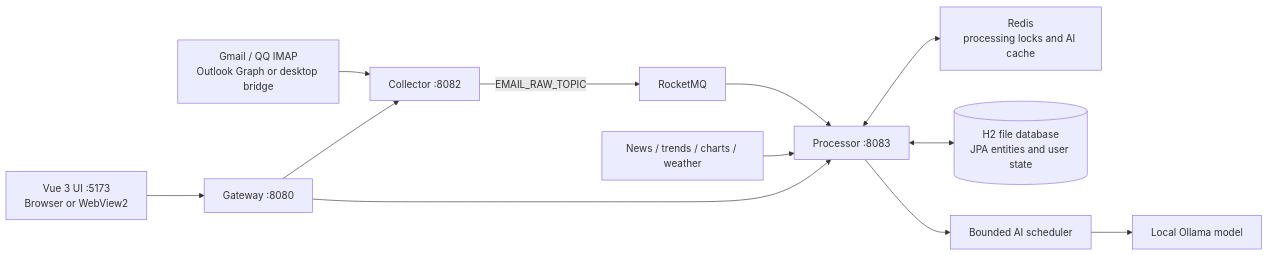
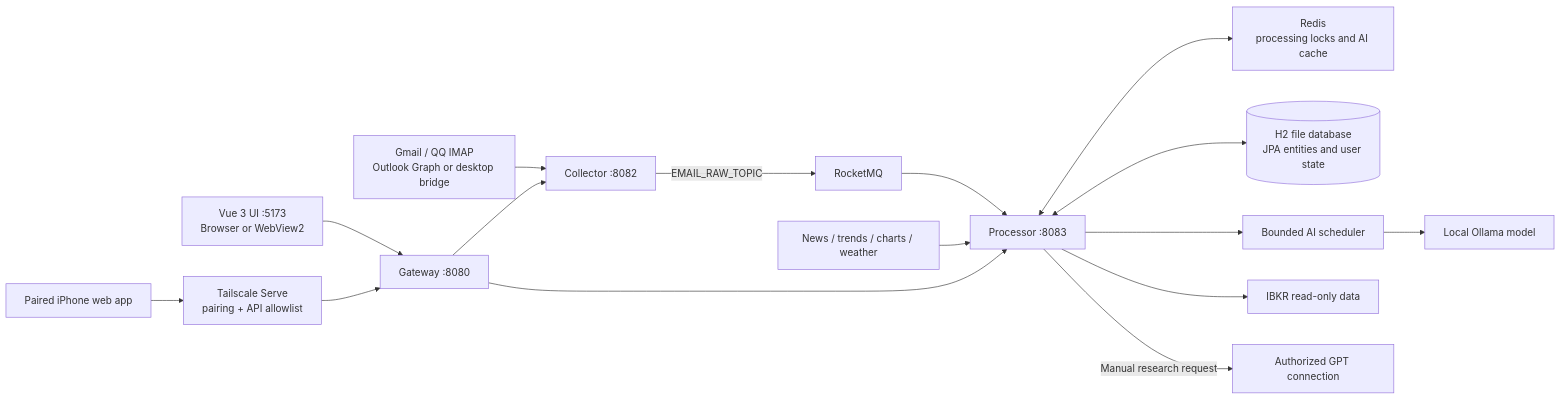
Before and after one commit to 000NK000/smart-inbox-ai: the diagram in README.md, drawn with Mermaid. The commit also changed other lines of this file and 116 other files, not shown here.

Commit message:
Add private mobile access, portfolio research and reliable desktop lifecycle

````diff
--- a/README.md
+++ b/README.md
@@ -76,14 +78,17 @@
 ```mermaid
 flowchart LR
     Sources["Gmail / QQ IMAP<br/>Outlook Graph or desktop bridge"] --> Collector["Collector :8082"]
     Collector -->|"EMAIL_RAW_TOPIC"| MQ["RocketMQ"]
     MQ --> Processor["Processor :8083"]
     Processor <--> Redis["Redis<br/>processing locks and AI cache"]
     Processor <--> DB[("H2 file database<br/>JPA entities and user state")]
     Processor --> AI["Bounded AI scheduler"]
     AI --> Ollama["Local Ollama model"]
     Feeds["News / trends / charts / weather"] --> Processor
+    Processor --> IBKR["IBKR read-only data"]
+    Processor -->|"Manual research request"| GPT["Authorized GPT connection"]
     UI["Vue 3 UI :5173<br/>Browser or WebView2"] --> Gateway["Gateway :8080"]
+    Phone["Paired iPhone web app"] --> Private["Tailscale Serve<br/>pairing + API allowlist"] --> Gateway
     Gateway --> Processor
     Gateway --> Collector
 ```
````
